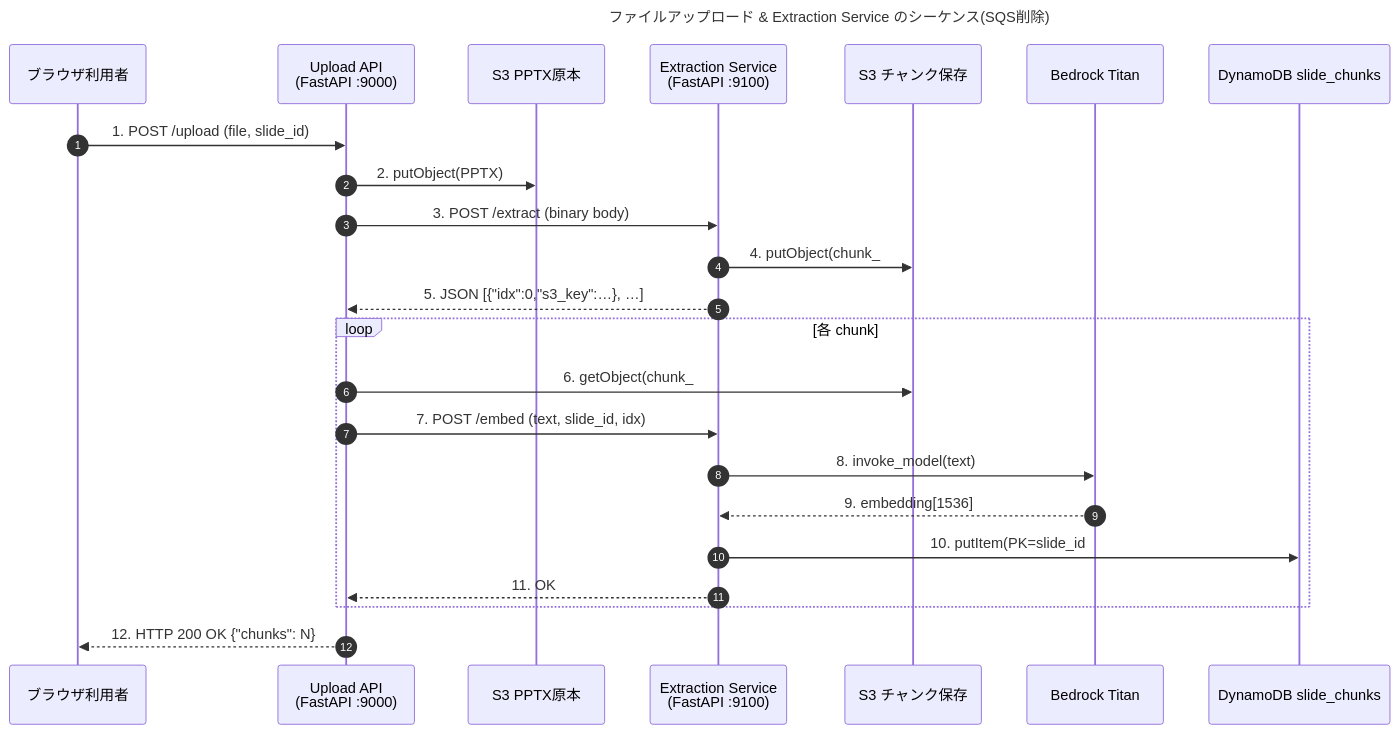
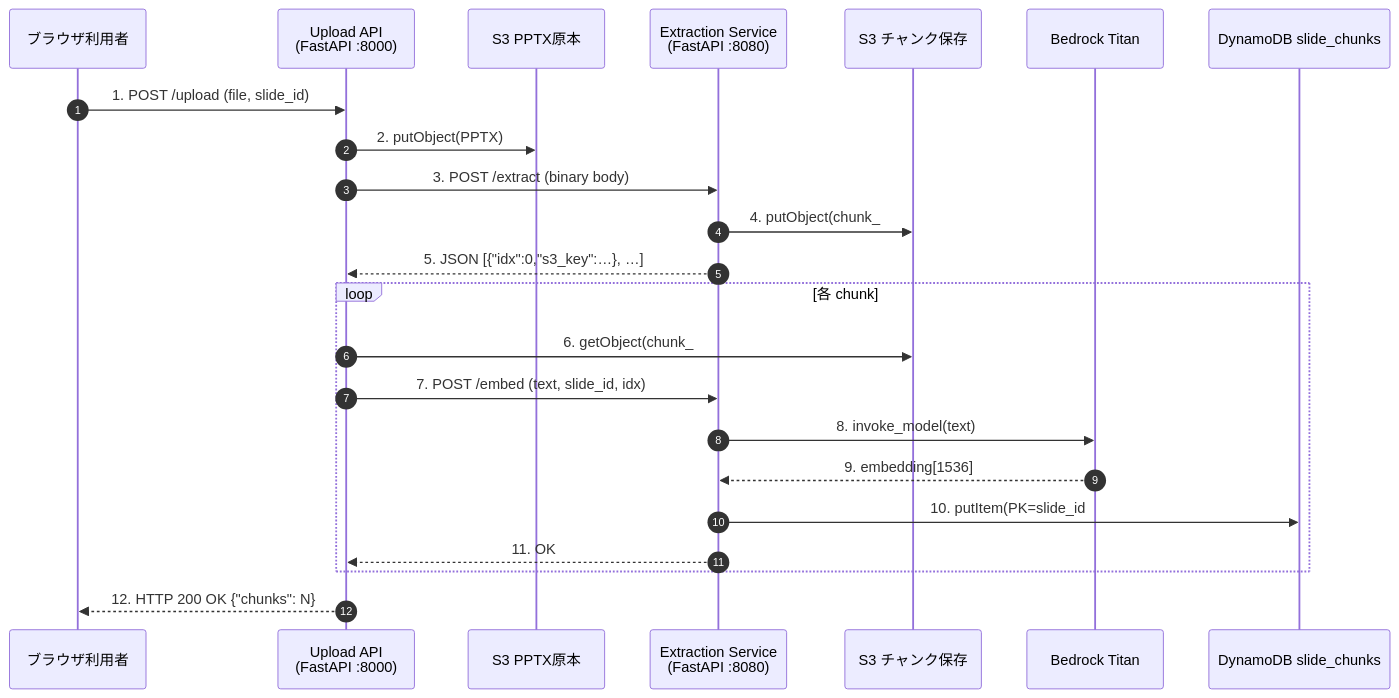
Before and after one commit to public-shintaro/lecture-ai-engineering-final: the second of 3 diagrams in docs/seq_diagram.md, drawn with Mermaid. The commit also changed 16 other files, not shown here.

Commit message:
support /upload API with extraction service

````diff
--- a/docs/seq_diagram.md
+++ b/docs/seq_diagram.md
@@ -61,32 +61,32 @@
 ```mermaid
 sequenceDiagram
-    title ファイルアップロード & Extraction Service のシーケンス(SQS削除)
     autonumber
     participant Browser          as ブラウザ利用者
-    participant UploadAPI        as Upload API<br/>(FastAPI :9000)
+    participant UploadAPI        as Upload API<br/>(FastAPI :8000)
     participant S3raw            as S3 PPTX原本
-    participant Extraction       as Extraction Service<br/>(FastAPI :9100)
+    participant Extraction       as Extraction Service<br/>(FastAPI :8080)
     participant S3chunks         as S3 チャンク保存
     participant Titan            as Bedrock Titan
     participant DDB              as DynamoDB slide_chunks
 
     Browser  ->> UploadAPI : 1. POST /upload (file, slide_id)
     UploadAPI ->> S3raw    : 2. putObject(PPTX)
     UploadAPI ->> Extraction: 3. POST /extract (binary body)
     Extraction ->> S3chunks: 4. putObject(chunk_###.txt)*
     Extraction -->> UploadAPI: 5. JSON [{"idx":0,"s3_key":…}, …]
 
     %% ─── ここまで 1〜6 は従来どおり ───
     loop 各 chunk
         UploadAPI ->> S3chunks: 6. getObject(chunk_###.txt)
         %% 変更点 : Step7 は Extraction Service へ送る
         UploadAPI ->> Extraction: 7. POST /embed (text, slide_id, idx)
         %% 以下 8–10 は Extraction Service 内部処理
         Extraction ->> Titan: 8. invoke_model(text)
         Titan -->> Extraction: 9. embedding[1536]
         Extraction ->> DDB: 10. putItem(PK=slide_id#idx, embedding)
         Extraction -->> UploadAPI: 11. OK
     end
 
     UploadAPI -->> Browser: 12. HTTP 200 OK {"chunks": N}
+
 ```
````
